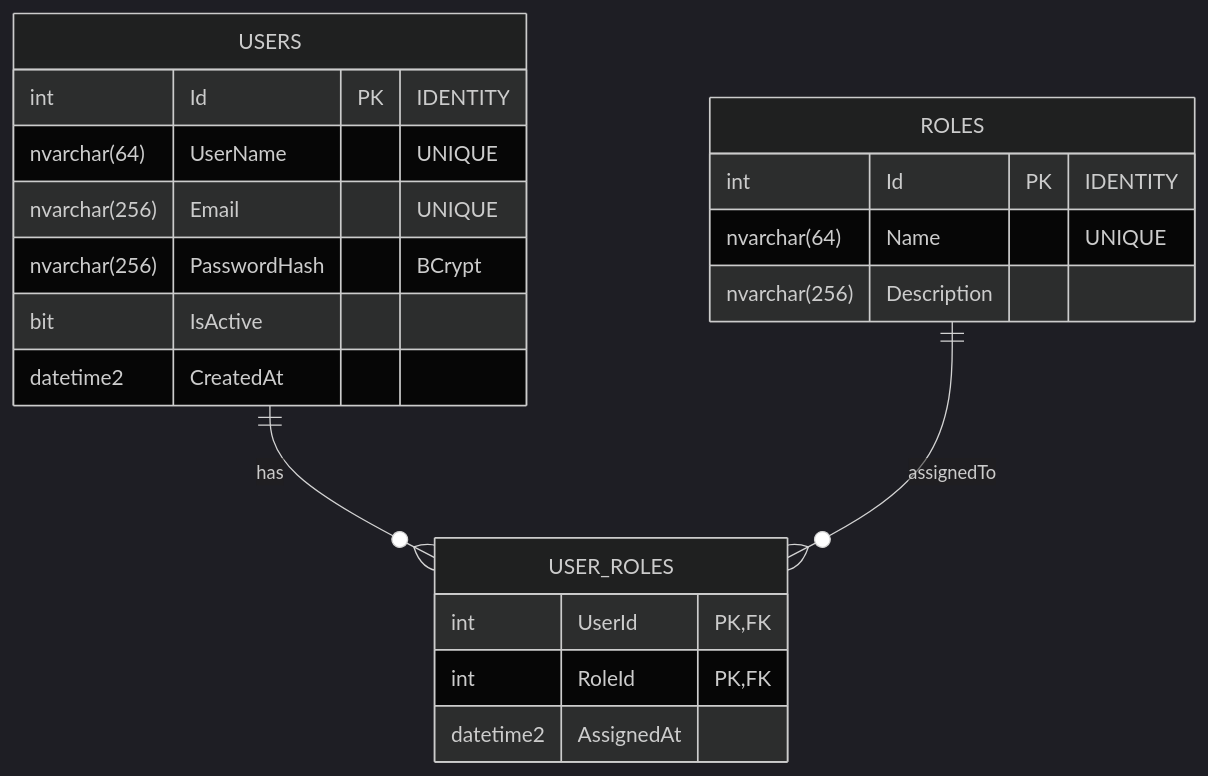
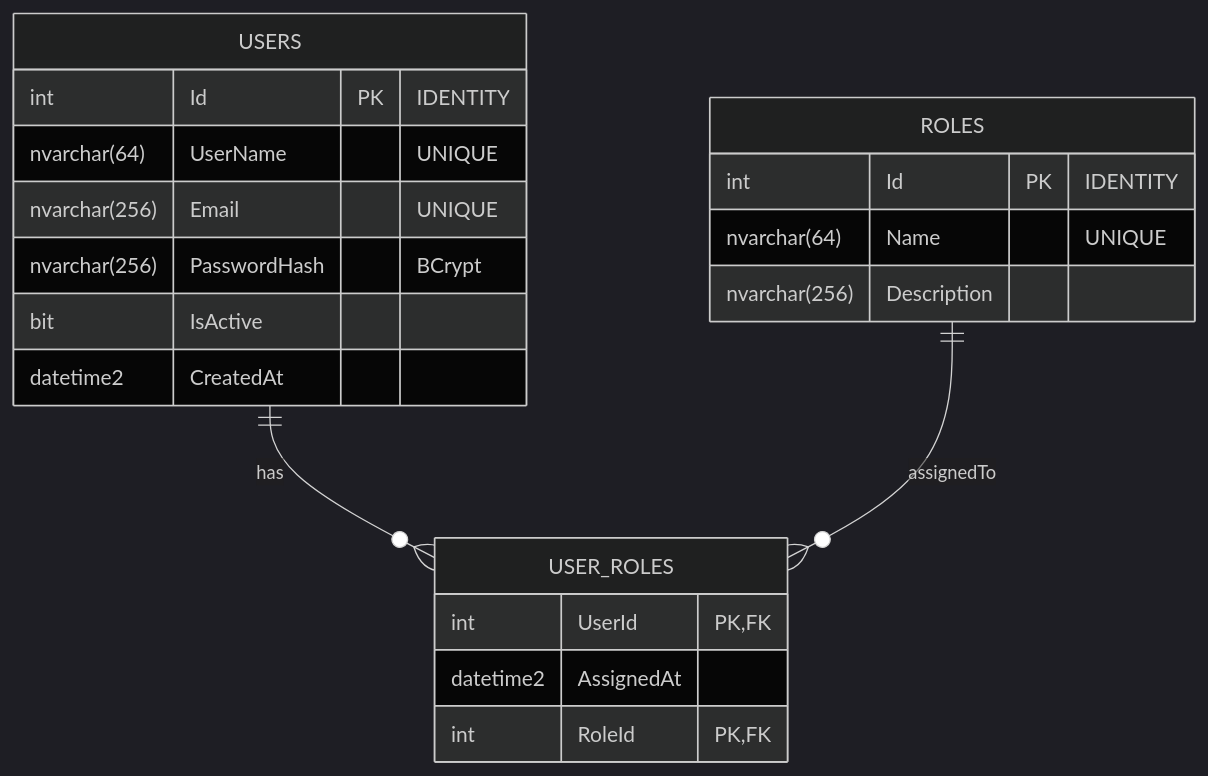
One commit to forbelieveme/fym-test-fullstack changed the diagram in README.md. Above: the diagram before and after it, drawn with Mermaid (dark theme). The commit also changed other lines of this file, not shown here.

Commit message:
Translate README to Spanish and add SQL schema scripts

````diff
--- a/README.md
+++ b/README.md
@@ -27,24 +27,24 @@
 ```mermaid
 erDiagram
     USERS ||--o{ USER_ROLES : has
     ROLES ||--o{ USER_ROLES : assignedTo
 
     USERS {
         int          Id PK "IDENTITY"
         nvarchar(64) UserName "UNIQUE"
         nvarchar(256) Email    "UNIQUE"
         nvarchar(256) PasswordHash "BCrypt"
         bit           IsActive
         datetime2     CreatedAt
     }
     ROLES {
         int          Id PK "IDENTITY"
         nvarchar(64) Name "UNIQUE"
         nvarchar(256) Description
     }
     USER_ROLES {
         int       UserId PK,FK
+        datetime2 AssignedAt
         int       RoleId PK,FK
-        datetime2 AssignedAt
     }
 ```
````
